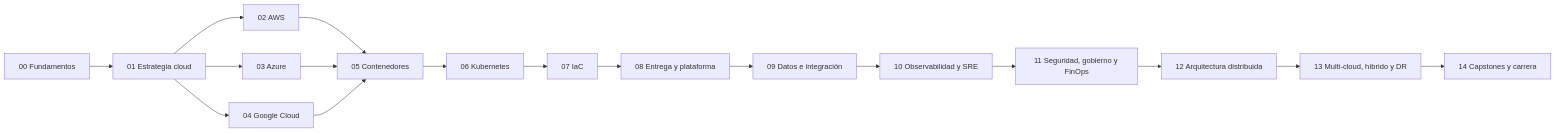
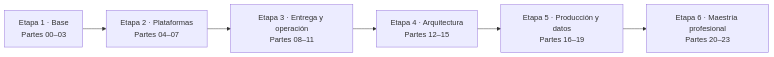
Before and after one commit to vladimiracunadev-create/multi-cloud-engineering-program: the diagram in README.md, drawn with Mermaid. The commit also changed other lines of this file and 12 other files, not shown here.

````diff
--- a/README.md
+++ b/README.md
@@ -65,19 +74,8 @@
 ```mermaid
 flowchart LR
-    A["00 Fundamentos"] --> B["01 Estrategia cloud"]
-    B --> C["02 AWS"]
-    B --> D["03 Azure"]
-    B --> E["04 Google Cloud"]
-    C --> F["05 Contenedores"]
-    D --> F
-    E --> F
-    F --> G["06 Kubernetes"]
-    G --> H["07 IaC"]
-    H --> I["08 Entrega y plataforma"]
-    I --> J["09 Datos e integración"]
-    J --> K["10 Observabilidad y SRE"]
-    K --> L["11 Seguridad, gobierno y FinOps"]
-    L --> M["12 Arquitectura distribuida"]
-    M --> N["13 Multi-cloud, híbrido y DR"]
-    N --> O["14 Capstones y carrera"]
+    A["Etapa 1 · Base<br/>Partes 00–03"] --> B["Etapa 2 · Plataformas<br/>Partes 04–07"]
+    B --> C["Etapa 3 · Entrega y operación<br/>Partes 08–11"]
+    C --> D["Etapa 4 · Arquitectura<br/>Partes 12–15"]
+    D --> E["Etapa 5 · Producción y datos<br/>Partes 16–19"]
+    E --> F["Etapa 6 · Maestría profesional<br/>Partes 20–23"]
 ```
````
